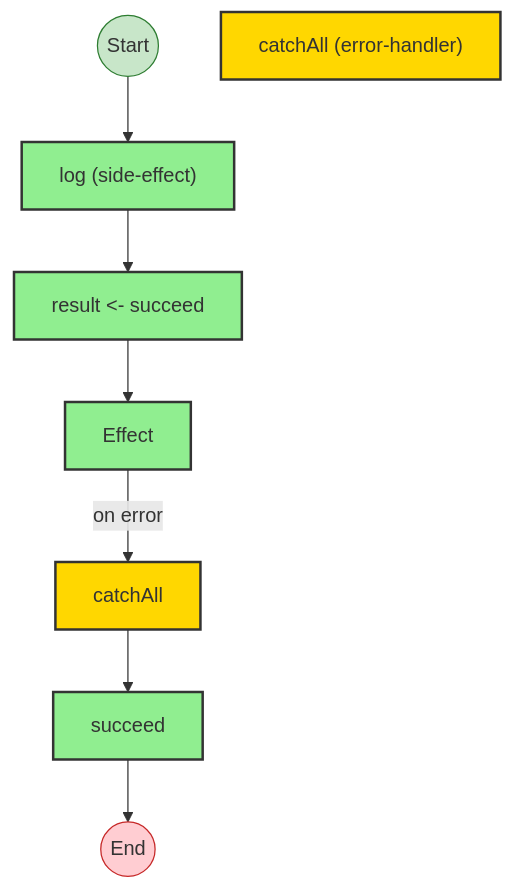
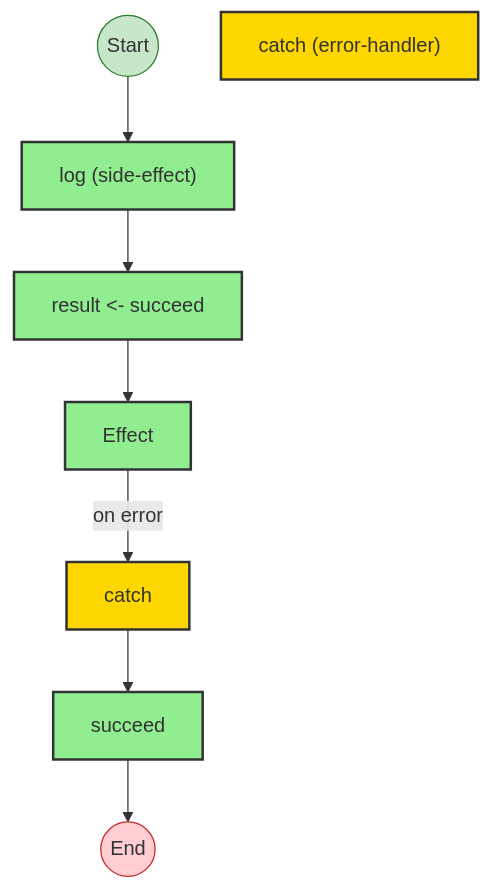
The sixth of 6 diagrams in packages/effect-analyzer/src/__fixtures__/lint-issues.effect-analysis.md (jagreehal/effect-analyzer), drawn with Mermaid before and after one commit. The commit also changed other lines of this file and 131 other files, not shown here.

First line of the commit message:
feat!: Effect v4-only architecture with decomposed analysis interface (#202)

````diff
--- a/packages/effect-analyzer/src/__fixtures__/lint-issues.effect-analysis.md
+++ b/packages/effect-analyzer/src/__fixtures__/lint-issues.effect-analysis.md
@@ -363,37 +363,37 @@
 ```mermaid
 flowchart TB
 
   %% Program: goodProgram
 
   start((Start))
   end_node((End))
 
   n2["log (side-effect)"]
   n3["result <- succeed"]
-  n4["catchAll (error-handler)"]
+  n4["catch (error-handler)"]
   n5["Effect"]
-  err_handler_6["catchAll"]
+  err_handler_6["catch"]
   n7["succeed"]
 
   %% Edges
   n2 --> n3
   n5 -->|on error| err_handler_6
   err_handler_6 --> n7
   n3 --> n5
   start --> n2
   n7 --> end_node
 
   %% Styles
   classDef startStyle fill:#c8e6c9,stroke:#2e7d32
   classDef endStyle fill:#ffcdd2,stroke:#c62828
   classDef effectStyle fill:#90EE90,stroke:#333,stroke-width:2px
   classDef errorHandlerStyle fill:#FFD700,stroke:#333,stroke-width:2px
   class start startStyle
   class end_node endStyle
   class n2 effectStyle
   class n3 effectStyle
   class n4 errorHandlerStyle
   class n5 effectStyle
   class err_handler_6 errorHandlerStyle
   class n7 effectStyle
 ```
````
